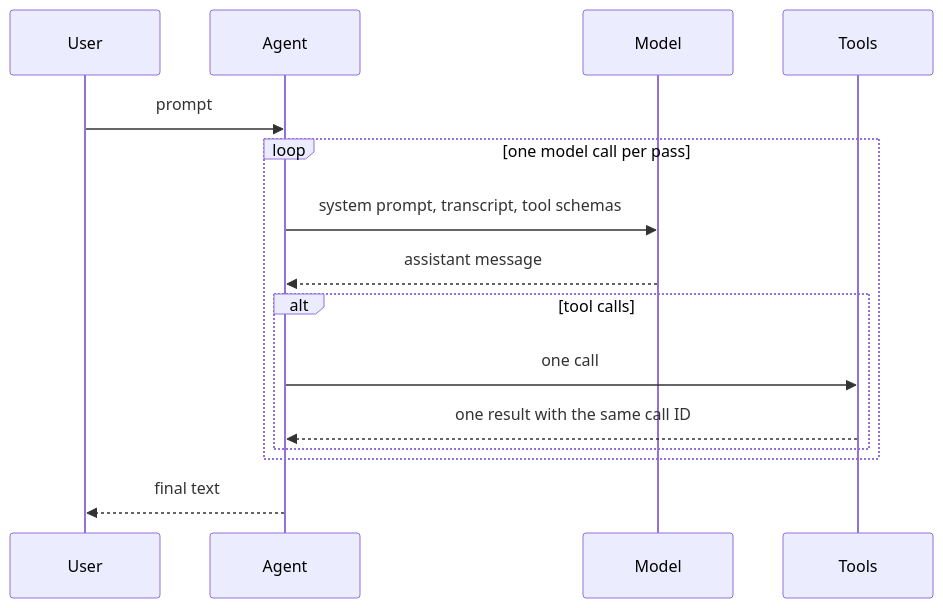
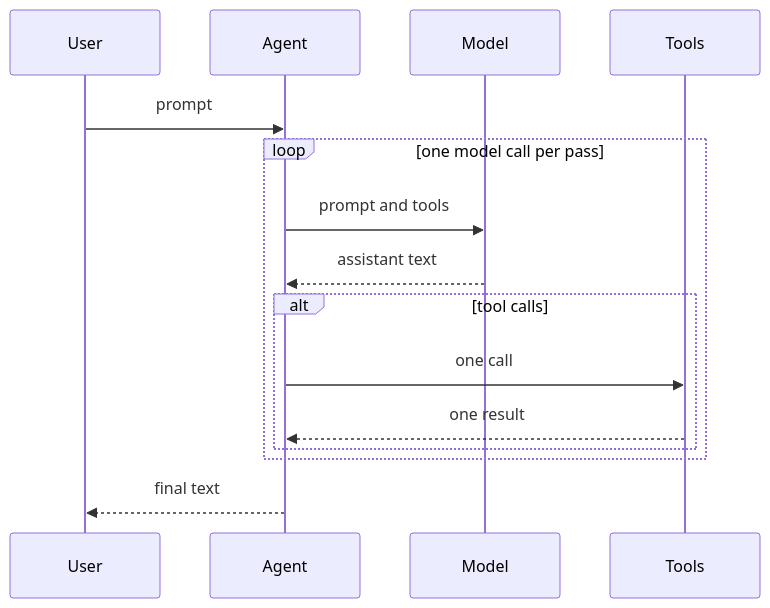
One commit to zyy17/pigo changed the second of 4 diagrams in docs/design.md. Above: the diagram before and after it, drawn with Mermaid. The commit also changed other lines of this file and 5 other files, not shown here.

First line of the commit message:
docs: fix clipped labels in TUI diagrams

````diff
--- a/docs/design.md
+++ b/docs/design.md
@@ -45,17 +45,17 @@
 ```mermaid
 sequenceDiagram
     participant User
     participant Agent
     participant Model
     participant Tools
     User->>Agent: prompt
     loop one model call per pass
-        Agent->>Model: system prompt, transcript, tool schemas
-        Model-->>Agent: assistant message
+        Agent->>Model: prompt and tools
+        Model-->>Agent: assistant text
         alt tool calls
             Agent->>Tools: one call
-            Tools-->>Agent: one result with the same call ID
+            Tools-->>Agent: one result
         end
     end
     Agent-->>User: final text
 ```
````
